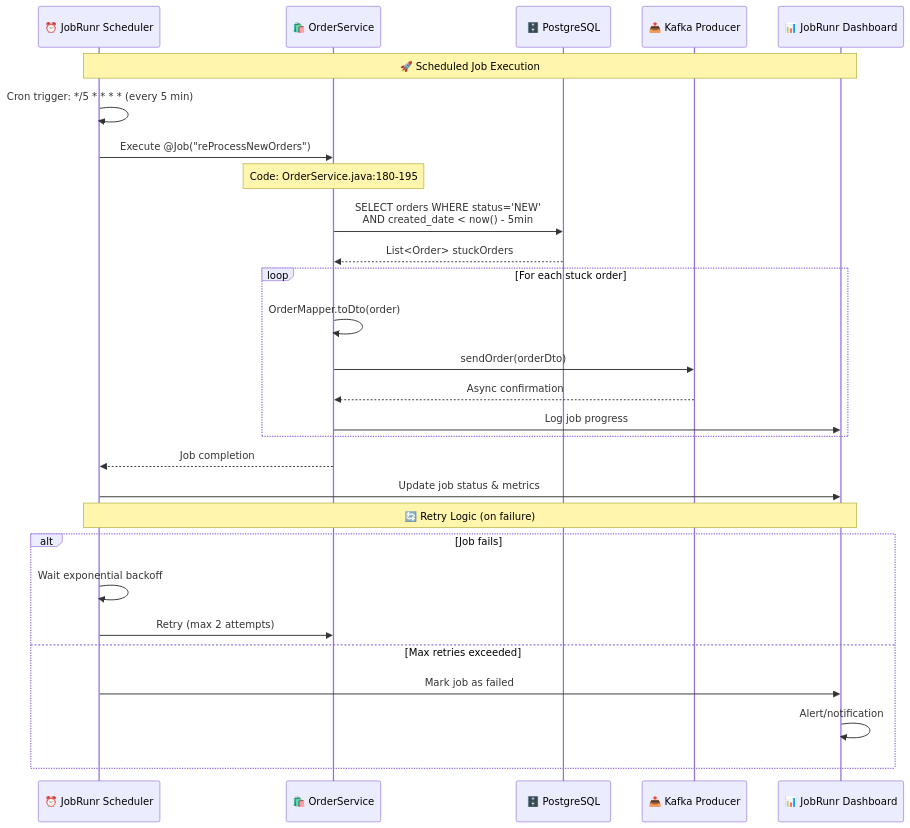
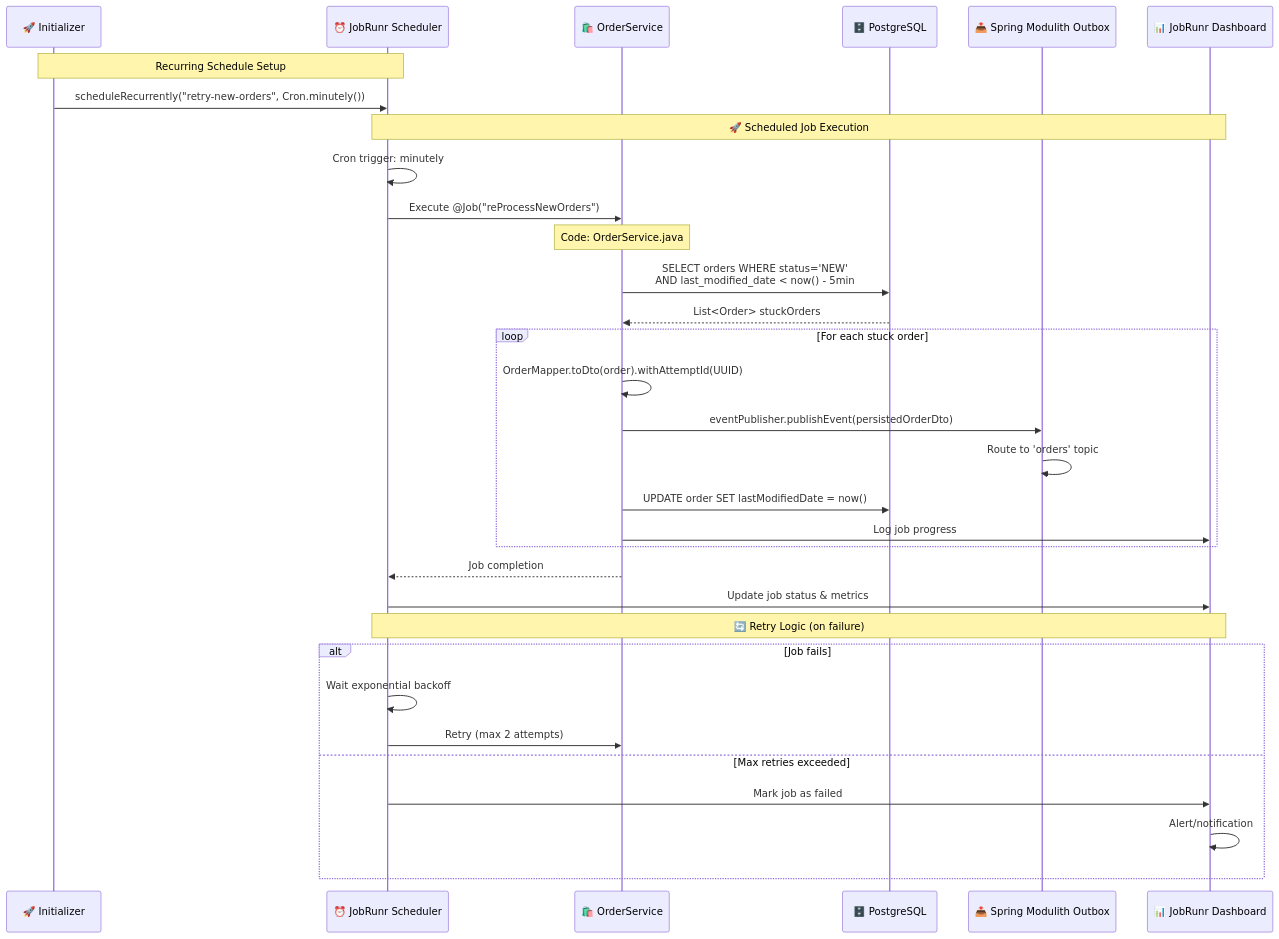
The second of 4 diagrams in order-service/docs/03-Background-Processing-JobRunr.md (rajadilipkolli/spring-boot-microservices-series-v2), drawn with Mermaid before and after one commit. The commit also changed other lines of this file and 50 other files, not shown here.

````diff
--- a/order-service/docs/03-Background-Processing-JobRunr.md
+++ b/order-service/docs/03-Background-Processing-JobRunr.md
@@ -37,35 +37,40 @@
 ```mermaid
 sequenceDiagram
+    participant Initializer as 🚀 Initializer
     participant Scheduler as ⏰ JobRunr Scheduler
     participant OrderService as 🛍️ OrderService
     participant Database as 🗄️ PostgreSQL
-    participant KafkaProducer as 📤 Kafka Producer
+    participant Modulith as 📤 Spring Modulith Outbox
     participant Dashboard as 📊 JobRunr Dashboard
     
+    Note over Initializer, Scheduler: Recurring Schedule Setup
+    Initializer->>Scheduler: scheduleRecurrently("retry-new-orders", Cron.minutely())
+    
     Note over Scheduler, Dashboard: 🚀 Scheduled Job Execution
-    Scheduler->>Scheduler: Cron trigger: */5 * * * * (every 5 min)
+    Scheduler->>Scheduler: Cron trigger: minutely
     Scheduler->>OrderService: Execute @Job("reProcessNewOrders")
     
-    Note over OrderService: Code: OrderService.java:180-195
-    OrderService->>Database: SELECT orders WHERE status='NEW'<br/>AND created_date < now() - 5min
+    Note over OrderService: Code: OrderService.java
+    OrderService->>Database: SELECT orders WHERE status='NEW'<br/>AND last_modified_date < now() - 5min
     Database-->>OrderService: List<Order> stuckOrders
     
     loop For each stuck order
-        OrderService->>OrderService: OrderMapper.toDto(order)
-        OrderService->>KafkaProducer: sendOrder(orderDto)
-        KafkaProducer-->>OrderService: Async confirmation
+        OrderService->>OrderService: OrderMapper.toDto(order).withAttemptId(UUID)
+        OrderService->>Modulith: eventPublisher.publishEvent(persistedOrderDto)
+        Modulith->>Modulith: Route to 'orders' topic
+        OrderService->>Database: UPDATE order SET lastModifiedDate = now()
         OrderService->>Dashboard: Log job progress
     end
     
     OrderService-->>Scheduler: Job completion
     Scheduler->>Dashboard: Update job status & metrics
     
     Note over Scheduler, Dashboard: 🔄 Retry Logic (on failure)
     alt Job fails
         Scheduler->>Scheduler: Wait exponential backoff
         Scheduler->>OrderService: Retry (max 2 attempts)
     else Max retries exceeded
         Scheduler->>Dashboard: Mark job as failed
         Dashboard->>Dashboard: Alert/notification
     end
 ```
````
